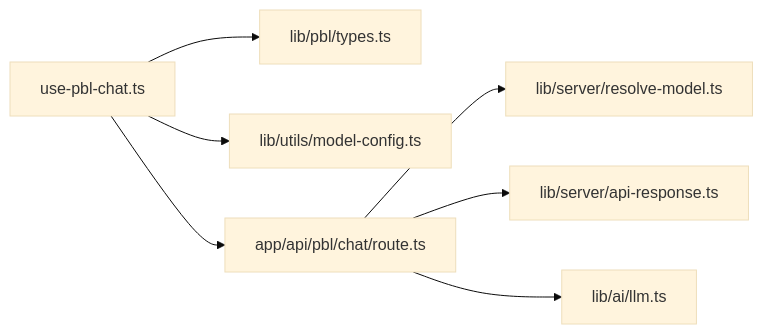
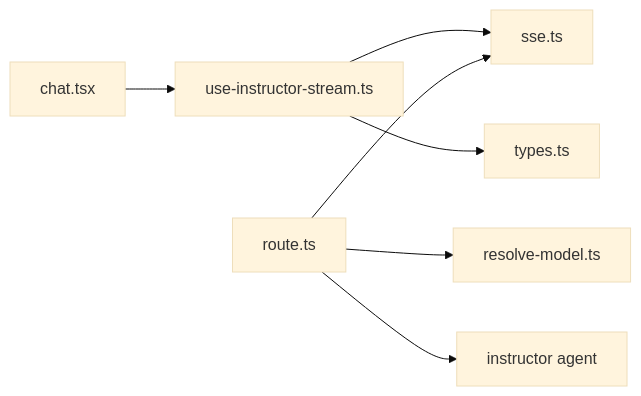
The fourth of 4 diagrams in .qoder/repowiki/zh/content/API 接口参考/PBL 学习 API/PBL 聊天 API.md (huangboheng/OpenMAIC), drawn with Mermaid (base theme) before and after one commit. The commit also changed other lines of this file and 23 other files, not shown here.

````diff
--- a/.qoder/repowiki/zh/content/API 接口参考/PBL 学习 API/PBL 聊天 API.md
+++ b/.qoder/repowiki/zh/content/API 接口参考/PBL 学习 API/PBL 聊天 API.md
@@ -334,9 +260,9 @@
 ```mermaid
 graph LR
-UsePBLChat["use-pbl-chat.ts"] --> Types["lib/pbl/types.ts"]
-UsePBLChat --> ModelCfg["lib/utils/model-config.ts"]
-UsePBLChat --> Route["app/api/pbl/chat/route.ts"]
-Route --> ResolveModel["lib/server/resolve-model.ts"]
-Route --> ApiResponse["lib/server/api-response.ts"]
-Route --> CallLLM["lib/ai/llm.ts"]
+ChatPanel["chat.tsx"] --> UseStream["use-instructor-stream.ts"]
+UseStream --> SSE["sse.ts"]
+UseStream --> Types["types.ts"]
+Route["route.ts"] --> SSE
+Route --> ResolveModel["resolve-model.ts"]
+Route --> Instructor["instructor agent"]
 ```
````
